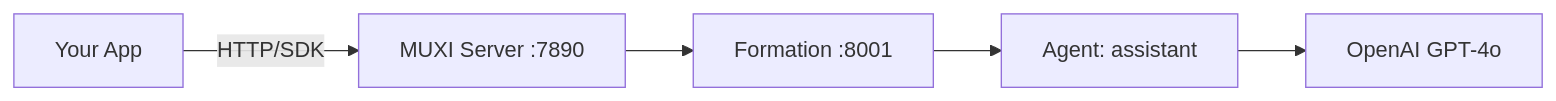
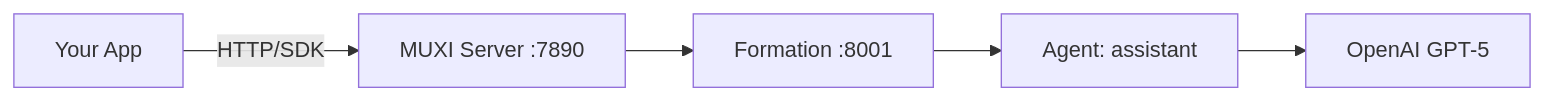
Before and after one commit to muxi-ai/muxi: the diagram in docs/quickstart.md, drawn with Mermaid. The commit also changed other lines of this file and 22 other files, not shown here.

````diff
--- a/docs/quickstart.md
+++ b/docs/quickstart.md
@@ -179,7 +179,7 @@
 ```mermaid
 graph LR
     A[Your App] -->|HTTP/SDK| B[MUXI Server :7890]
     B --> C[Formation :8001]
     C --> D[Agent: assistant]
-    D --> E[OpenAI GPT-4o]
+    D --> E[OpenAI GPT-5]
 ```
````
